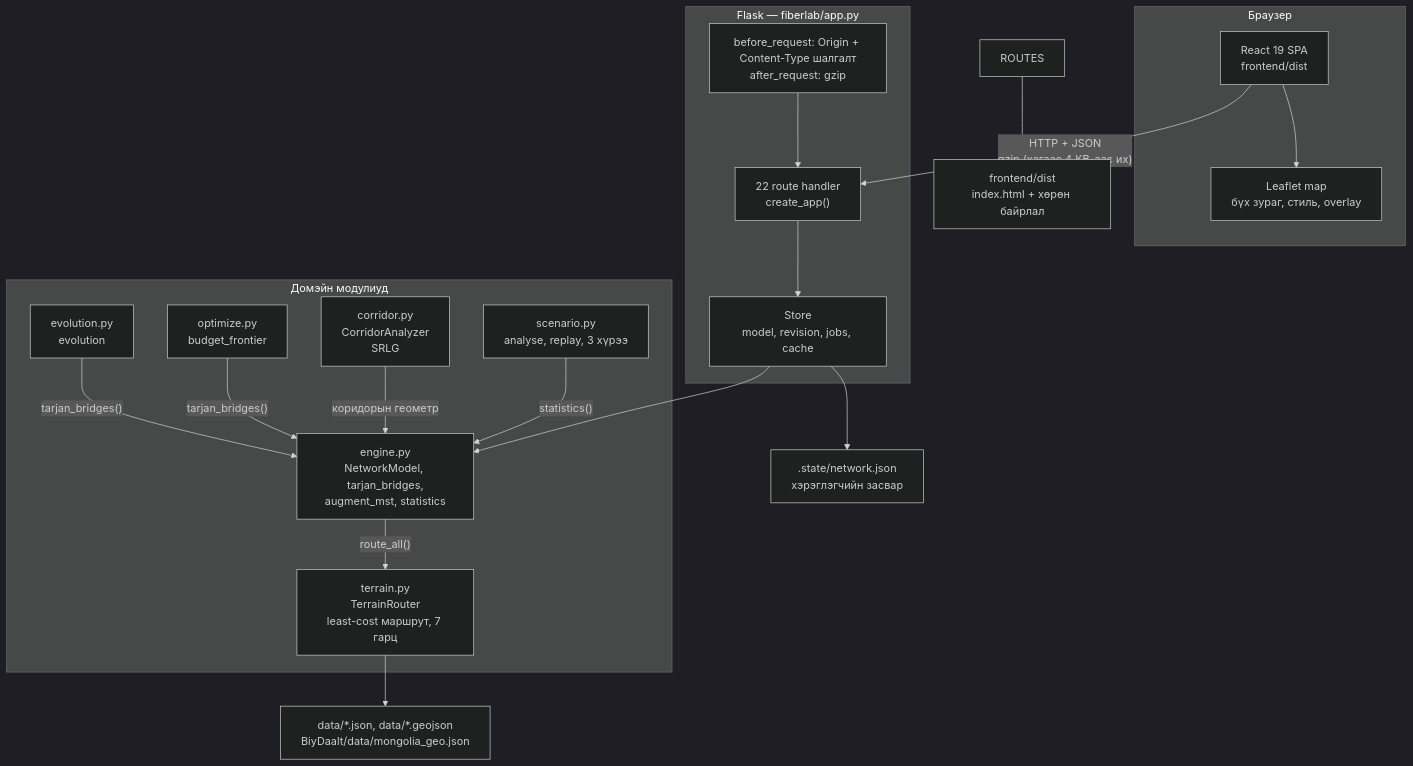
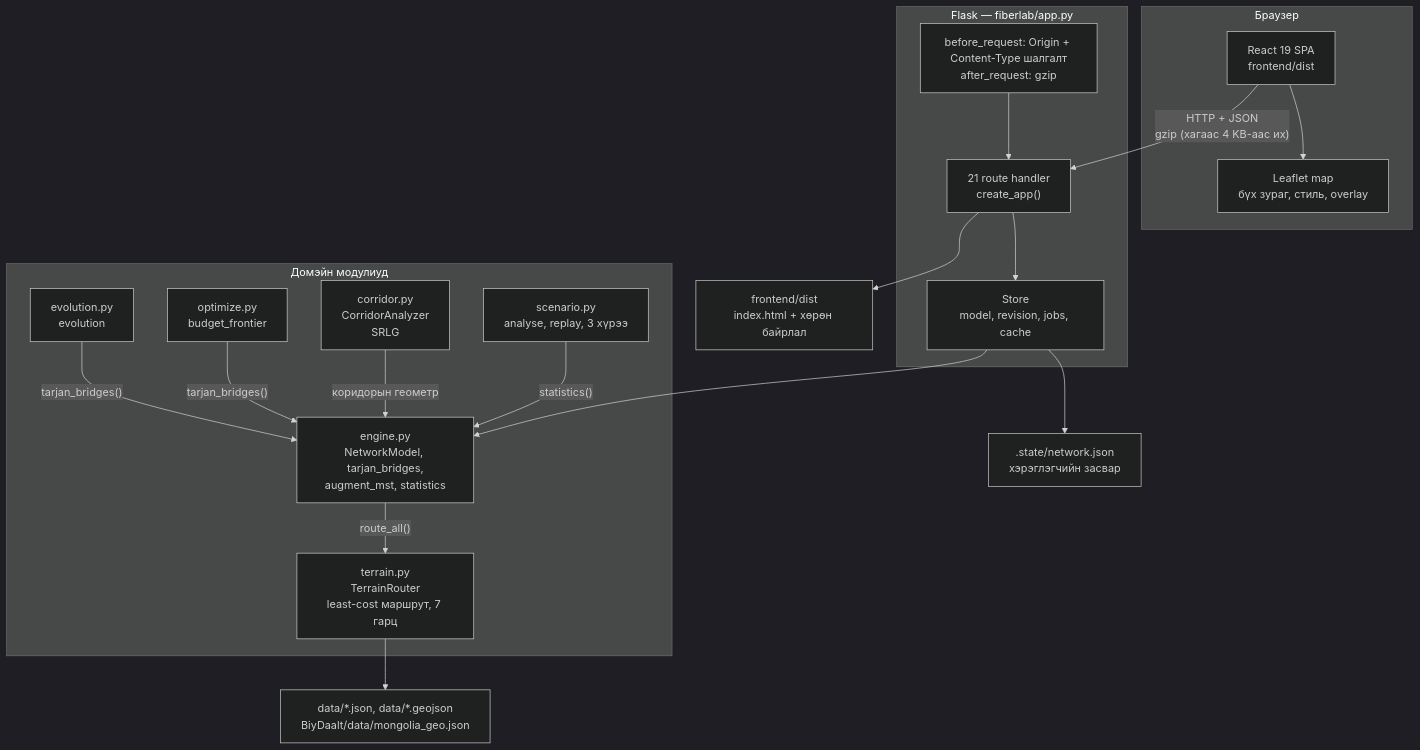
One commit to OneThing4101/network-simulation-gang changed the first of 7 diagrams in docs/ARCHITECTURE.md. Above: the diagram before and after it, drawn with Mermaid (dark theme). The commit also changed other lines of this file and 6 other files, not shown here.

Commit message:
Complete the npm lockfile offline, add the design system and architecture documents

````diff
--- a/docs/ARCHITECTURE.md
+++ b/docs/ARCHITECTURE.md
@@ -13,39 +13,39 @@
 ```mermaid
 flowchart TB
   subgraph BR["Браузер"]
     SPA["React 19 SPA<br/>frontend/dist"]
     LM["Leaflet map<br/>бүх зураг, стиль, overlay"]
     SPA --> LM
   end
 
   SPA -->|"HTTP + JSON<br/>gzip (хагаас 4 KB-аас их)"| FLASK
 
   subgraph API["Flask — fiberlab/app.py"]
-    FLASK["22 route handler<br/>create_app()"]
+    FLASK["21 route handler<br/>create_app()"]
     GUARD["before_request: Origin + Content-Type шалгалт<br/>after_request: gzip"]
     STORE["Store<br/>model, revision, jobs, cache"]
     GUARD --> FLASK
     FLASK --> STORE
   end
 
   subgraph DOM["Домэйн модулиуд"]
     TER["terrain.py<br/>TerrainRouter<br/>least-cost маршрут, 7 гарц"]
     ENG["engine.py<br/>NetworkModel, tarjan_bridges,<br/>augment_mst, statistics"]
     SCN["scenario.py<br/>analyse, replay, 3 хүрээ"]
     COR["corridor.py<br/>CorridorAnalyzer<br/>SRLG"]
     OPT["optimize.py<br/>budget_frontier"]
     EVO["evolution.py<br/>evolution"]
   end
 
   STORE --> ENG
   ENG -->|"route_all()"| TER
   SCN -->|"statistics()"| ENG
   COR -->|"коридорын геометр"| ENG
   OPT -->|"tarjan_bridges()"| ENG
   EVO -->|"tarjan_bridges()"| ENG
 
   TER --> DF["data/*.json, data/*.geojson<br/>BiyDaalt/data/mongolia_geo.json"]
   STORE --> ST[".state/network.json<br/>хэрэглэгчийн засвар"]
 
-  ROUTES --> STAT["frontend/dist<br/>index.html + хөрөн байрлал"]
+  FLASK --> STAT["frontend/dist<br/>index.html + хөрөн байрлал"]
 ```
````
